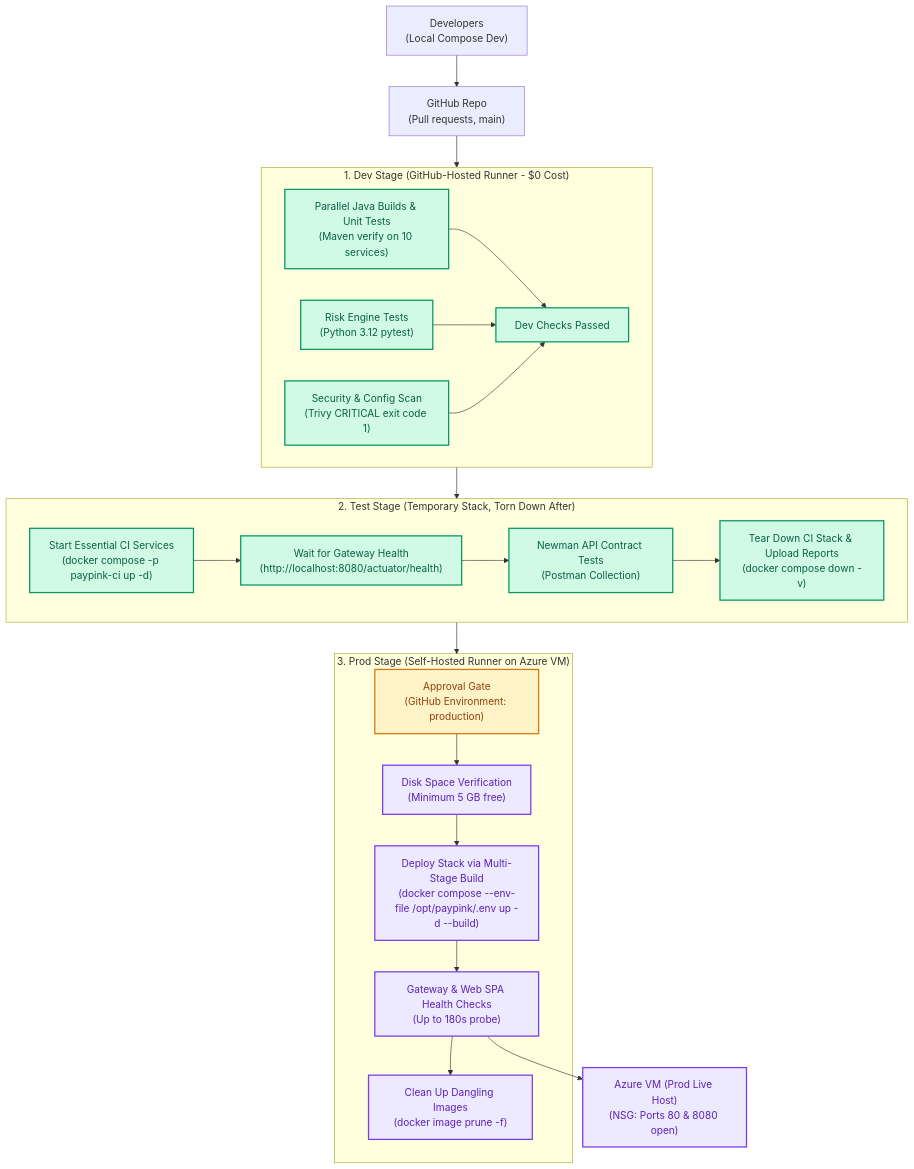
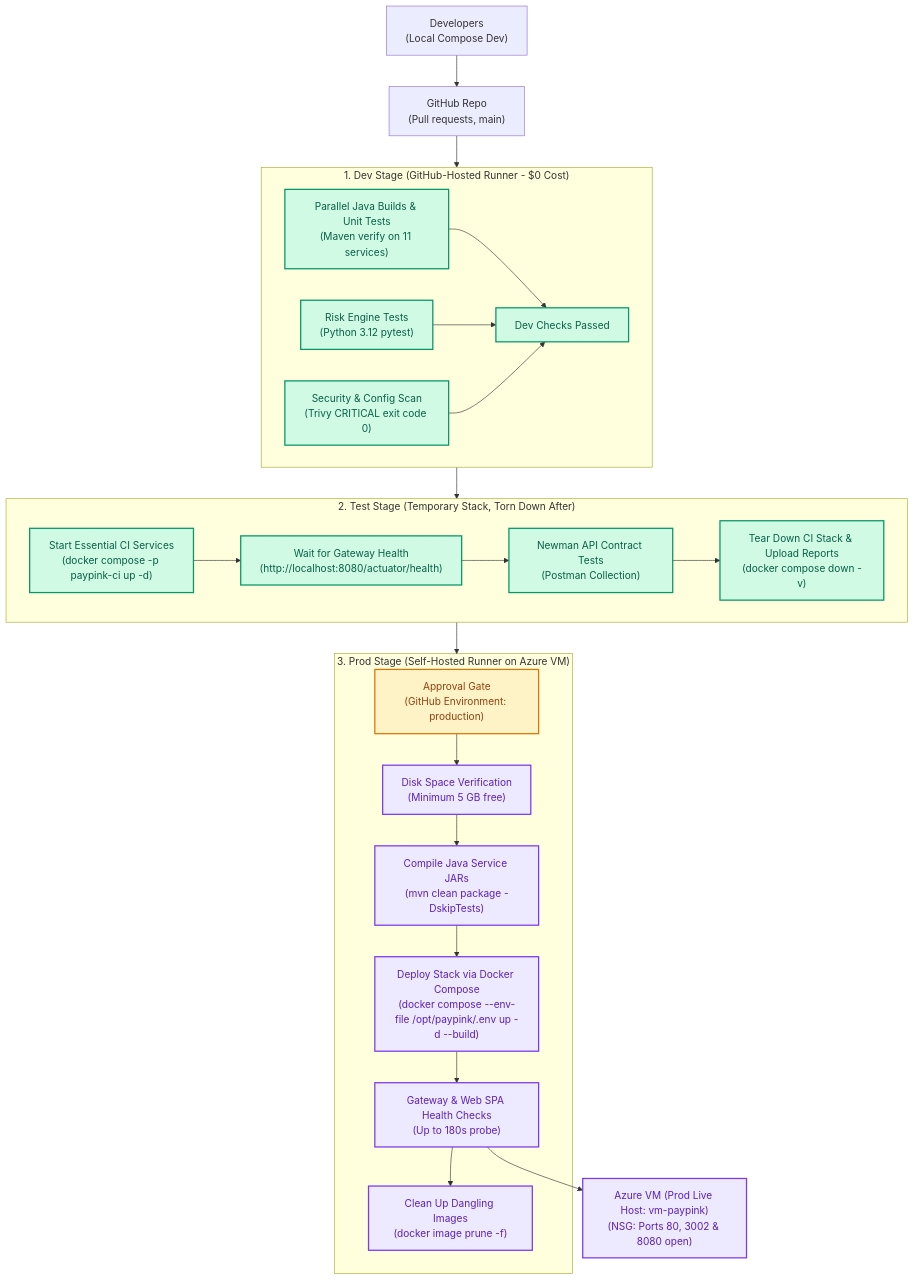
The second of 2 diagrams in docs/AZURE_DEPLOYMENT_GUIDE.md (TechStart-Integration-Capstone/Integrated-Capstone), drawn with Mermaid before and after one commit. The commit also changed other lines of this file and 1 other file, not shown here.

Commit message:
docs: synchronize AZURE_DEPLOYMENT_GUIDE with live VM settings, runner labels, and SSH recovery

````diff
--- a/docs/AZURE_DEPLOYMENT_GUIDE.md
+++ b/docs/AZURE_DEPLOYMENT_GUIDE.md
@@ -84,45 +86,46 @@
 ```mermaid
 flowchart TD
     Devs["Developers\n(Local Compose Dev)"] --> Repo["GitHub Repo\n(Pull requests, main)"]
     Repo --> S1
 
     subgraph S1["1. Dev Stage (GitHub-Hosted Runner - $0 Cost)"]
-        S1_Build["Parallel Java Builds & Unit Tests\n(Maven verify on 10 services)"]
+        S1_Build["Parallel Java Builds & Unit Tests\n(Maven verify on 11 services)"]
         S1_Pytest["Risk Engine Tests\n(Python 3.12 pytest)"]
-        S1_Trivy["Security & Config Scan\n(Trivy CRITICAL exit code 1)"]
+        S1_Trivy["Security & Config Scan\n(Trivy CRITICAL exit code 0)"]
         S1_Build --> S1_Unit_Done["Dev Checks Passed"]
         S1_Pytest --> S1_Unit_Done
         S1_Trivy --> S1_Unit_Done
     end
 
     S1 --> S2
 
     subgraph S2["2. Test Stage (Temporary Stack, Torn Down After)"]
         S2_Up["Start Essential CI Services\n(docker compose -p paypink-ci up -d)"]
         S2_Health["Wait for Gateway Health\n(http://localhost:8080/actuator/health)"]
         S2_Contract["Newman API Contract Tests\n(Postman Collection)"]
         S2_Teardown["Tear Down CI Stack & Upload Reports\n(docker compose down -v)"]
         S2_Up --> S2_Health --> S2_Contract --> S2_Teardown
     end
 
     S2 --> S3
 
     subgraph S3["3. Prod Stage (Self-Hosted Runner on Azure VM)"]
         S3_Gate["Approval Gate\n(GitHub Environment: production)"]
         S3_Disk["Disk Space Verification\n(Minimum 5 GB free)"]
-        S3_Deploy["Deploy Stack via Multi-Stage Build\n(docker compose --env-file /opt/paypink/.env up -d --build)"]
+        S3_Compile["Compile Java Service JARs\n(mvn clean package -DskipTests)"]
+        S3_Deploy["Deploy Stack via Docker Compose\n(docker compose --env-file /opt/paypink/.env up -d --build)"]
         S3_Health["Gateway & Web SPA Health Checks\n(Up to 180s probe)"]
         S3_Prune["Clean Up Dangling Images\n(docker image prune -f)"]
-        S3_Gate --> S3_Disk --> S3_Deploy --> S3_Health --> S3_Prune
+        S3_Gate --> S3_Disk --> S3_Compile --> S3_Deploy --> S3_Health --> S3_Prune
     end
 
-    S3_Health --> AzureVM["Azure VM (Prod Live Host)\n(NSG: Ports 80 & 8080 open)"]
+    S3_Health --> AzureVM["Azure VM (Prod Live Host: vm-paypink)\n(NSG: Ports 80, 3002 & 8080 open)"]
 
     classDef auto fill:#d1fae5,stroke:#059669,stroke-width:2px,color:#065f46;
     classDef manual fill:#fef3c7,stroke:#d97706,stroke-width:2px,color:#92400e;
     classDef prod fill:#ede9fe,stroke:#7c3aed,stroke-width:2px,color:#5b21b6;
 
     class S1_Build,S1_Pytest,S1_Trivy,S1_Unit_Done,S2_Up,S2_Health,S2_Contract,S2_Teardown auto;
     class S3_Gate manual;
-    class S3_Disk,S3_Deploy,S3_Health,S3_Prune,AzureVM prod;
+    class S3_Disk,S3_Compile,S3_Deploy,S3_Health,S3_Prune,AzureVM prod;
 ```
````
